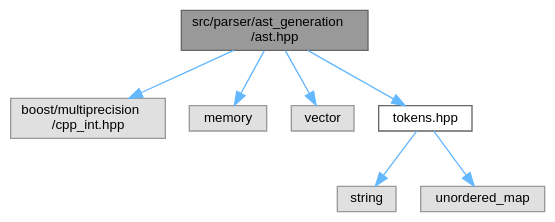
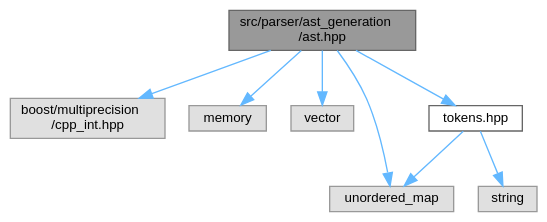
The diagram in pebbl/docs/ast_8hpp__incl.dot (kejunp/kejunp.github.io), drawn with Graphviz before and after one commit. The commit also changed 30 other files, not shown here.

```diff
--- a/pebbl/docs/ast_8hpp__incl.dot
+++ b/pebbl/docs/ast_8hpp__incl.dot
@@ -1,20 +1,21 @@
 digraph "src/parser/ast_generation/ast.hpp"
 {
  // LATEX_PDF_SIZE
   bgcolor="transparent";
   edge [fontname=Helvetica,fontsize=10,labelfontname=Helvetica,labelfontsize=10];
   node [fontname=Helvetica,fontsize=10,shape=box,height=0.2,width=0.4];
   Node1 [id="Node000001",label="src/parser/ast_generation\l/ast.hpp",height=0.2,width=0.4,color="gray40", fillcolor="grey60", style="filled", fontcolor="black",tooltip=" "];
   Node1 -> Node2 [id="edge1_Node000001_Node000002",color="steelblue1",style="solid",tooltip=" "];
   Node2 [id="Node000002",label="boost/multiprecision\l/cpp_int.hpp",height=0.2,width=0.4,color="grey60", fillcolor="#E0E0E0", style="filled",tooltip=" "];
   Node1 -> Node3 [id="edge2_Node000001_Node000003",color="steelblue1",style="solid",tooltip=" "];
   Node3 [id="Node000003",label="memory",height=0.2,width=0.4,color="grey60", fillcolor="#E0E0E0", style="filled",tooltip=" "];
   Node1 -> Node4 [id="edge3_Node000001_Node000004",color="steelblue1",style="solid",tooltip=" "];
   Node4 [id="Node000004",label="vector",height=0.2,width=0.4,color="grey60", fillcolor="#E0E0E0", style="filled",tooltip=" "];
   Node1 -> Node5 [id="edge4_Node000001_Node000005",color="steelblue1",style="solid",tooltip=" "];
-  Node5 [id="Node000005",label="tokens.hpp",height=0.2,width=0.4,color="grey40", fillcolor="white", style="filled",URL="$tokens_8hpp.html",tooltip=" "];
-  Node5 -> Node6 [id="edge5_Node000005_Node000006",color="steelblue1",style="solid",tooltip=" "];
-  Node6 [id="Node000006",label="string",height=0.2,width=0.4,color="grey60", fillcolor="#E0E0E0", style="filled",tooltip=" "];
-  Node5 -> Node7 [id="edge6_Node000005_Node000007",color="steelblue1",style="solid",tooltip=" "];
-  Node7 [id="Node000007",label="unordered_map",height=0.2,width=0.4,color="grey60", fillcolor="#E0E0E0", style="filled",tooltip=" "];
+  Node5 [id="Node000005",label="unordered_map",height=0.2,width=0.4,color="grey60", fillcolor="#E0E0E0", style="filled",tooltip=" "];
+  Node1 -> Node6 [id="edge5_Node000001_Node000006",color="steelblue1",style="solid",tooltip=" "];
+  Node6 [id="Node000006",label="tokens.hpp",height=0.2,width=0.4,color="grey40", fillcolor="white", style="filled",URL="$tokens_8hpp.html",tooltip=" "];
+  Node6 -> Node7 [id="edge6_Node000006_Node000007",color="steelblue1",style="solid",tooltip=" "];
+  Node7 [id="Node000007",label="string",height=0.2,width=0.4,color="grey60", fillcolor="#E0E0E0", style="filled",tooltip=" "];
+  Node6 -> Node5 [id="edge7_Node000006_Node000005",color="steelblue1",style="solid",tooltip=" "];
 }
```
